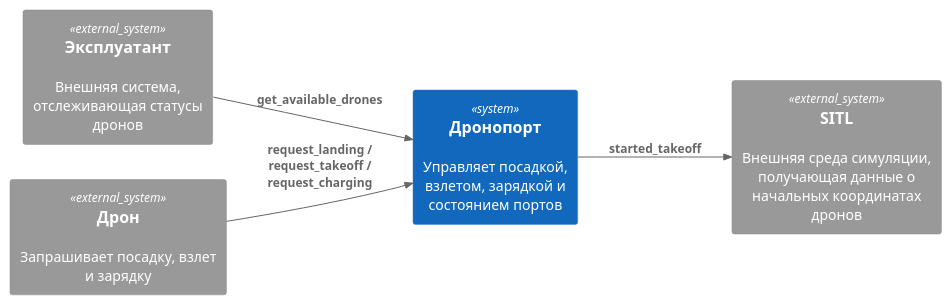
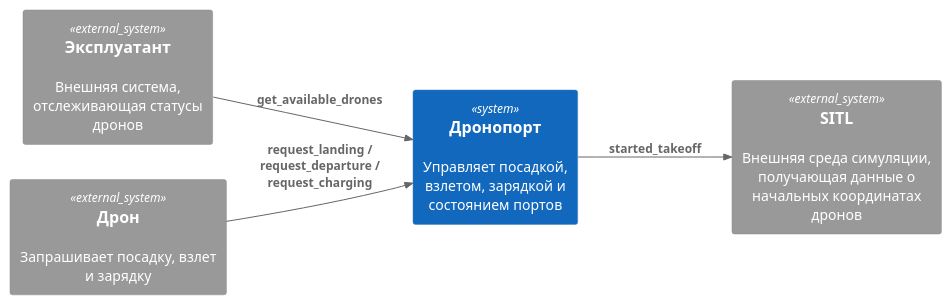
Before and after one commit to Kaitrye/DronePortGCS: the diagram in systems/drone_port/docs/C1.puml, drawn with PlantUML. The commit also changed other lines of this file and 46 other files, not shown here.

Commit message:
Fix integration for DronePort

```diff
--- a/systems/drone_port/docs/C1.puml
+++ b/systems/drone_port/docs/C1.puml
@@ -1,14 +1,14 @@
 @startuml
 !include https://raw.githubusercontent.com/plantuml-stdlib/C4-PlantUML/master/C4_Context.puml
 LAYOUT_LEFT_RIGHT()
 
 System_Ext(operator_system, "Эксплуатант", "Внешняя система, отслеживающая статусы дронов")
 System(drone_port, "Дронопорт", "Управляет посадкой, взлетом, зарядкой и состоянием портов")
 System_Ext(drone, "Дрон", "Запрашивает посадку, взлет и зарядку")
 System_Ext(sitl, "SITL", "Внешняя среда симуляции, получающая данные о начальных координатах дронов")
 
 Rel(operator_system, drone_port, "get_available_drones")
-Rel(drone, drone_port, "request_landing / request_takeoff / request_charging")
+Rel(drone, drone_port, "request_landing / request_departure / request_charging")
 Rel(drone_port, sitl, "started_takeoff")
 
 @enduml
```
